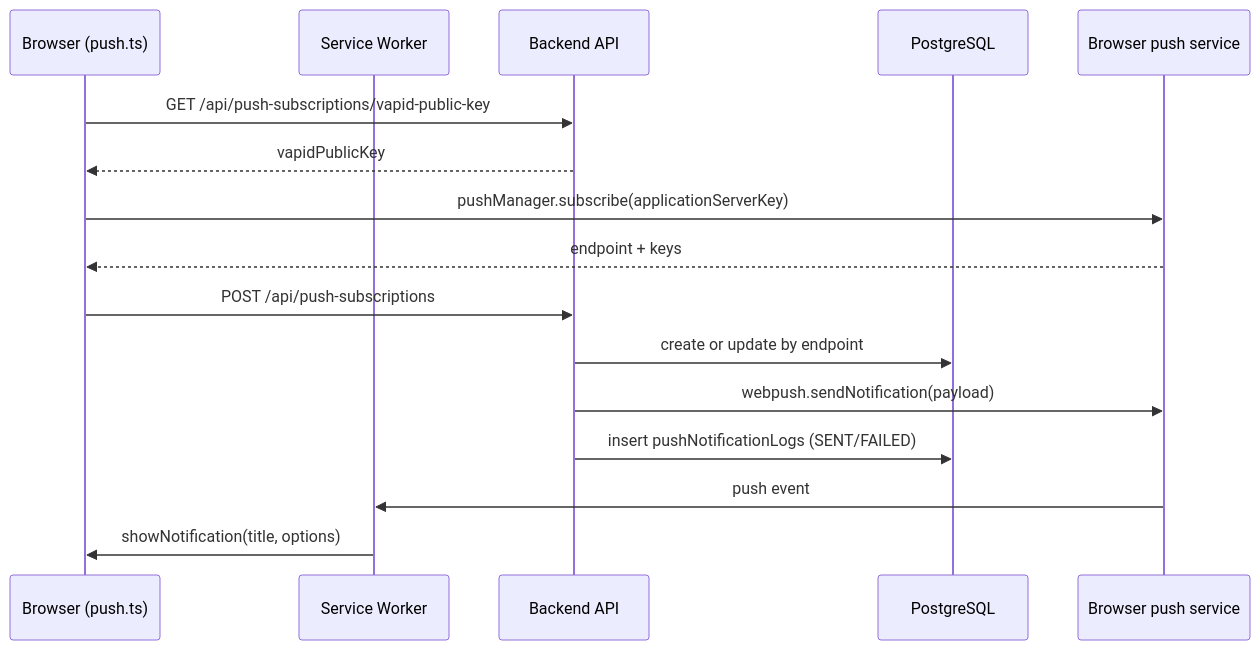
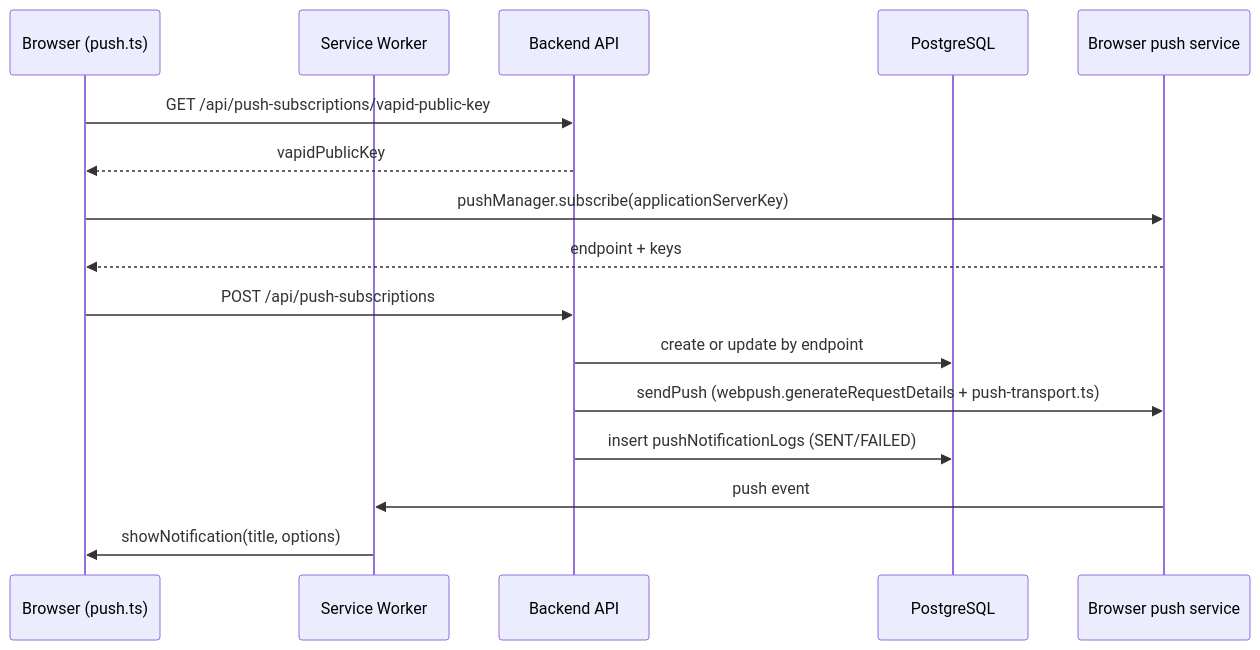
Before and after one commit to Blazheiko/vibe-template: the diagram in documentation/en/backend/web-push-notification.md, drawn with Mermaid. The commit also changed 76 other files, not shown here.

````diff
--- a/documentation/en/backend/web-push-notification.md
+++ b/documentation/en/backend/web-push-notification.md
@@ -191,18 +191,18 @@
 ```mermaid
 sequenceDiagram
     participant U as Browser (push.ts)
     participant SW as Service Worker
     participant API as Backend API
     participant DB as PostgreSQL
     participant PS as Browser push service
     U->>API: GET /api/push-subscriptions/vapid-public-key
     API-->>U: vapidPublicKey
     U->>PS: pushManager.subscribe(applicationServerKey)
     PS-->>U: endpoint + keys
     U->>API: POST /api/push-subscriptions
     API->>DB: create or update by endpoint
-    API->>PS: webpush.sendNotification(payload)
+    API->>PS: sendPush (webpush.generateRequestDetails + push-transport.ts)
     API->>DB: insert pushNotificationLogs (SENT/FAILED)
     PS->>SW: push event
     SW->>U: showNotification(title, options)
 ```
````
